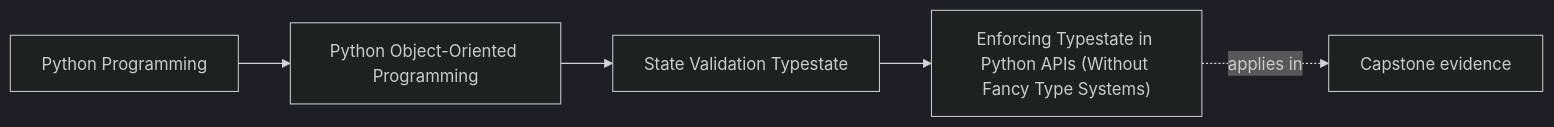
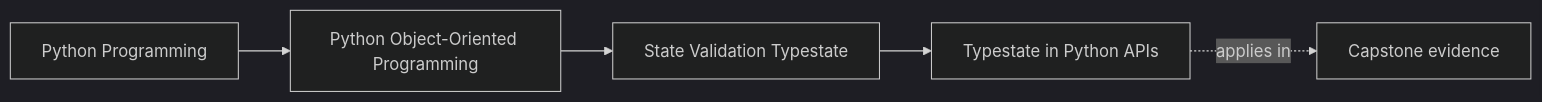
One commit to bijux/bijux-masterclass changed the first of 2 diagrams in programs/python-programming/python-object-oriented-programming/course-book/module-03-state-validation-typestate/typestate-in-python-apis.md. Above: the diagram before and after it, drawn with Mermaid (dark theme). The commit also changed other lines of this file, not shown here.

Commit message:
docs(oop): enforce typestate through the public API

````diff
--- a/programs/python-programming/python-object-oriented-programming/course-book/module-03-state-validation-typestate/typestate-in-python-apis.md
+++ b/programs/python-programming/python-object-oriented-programming/course-book/module-03-state-validation-typestate/typestate-in-python-apis.md
@@ -7,11 +6,11 @@
 ```mermaid
 graph LR
   family["Python Programming"]
   program["Python Object-Oriented Programming"]
   section["State Validation Typestate"]
-  page["Enforcing Typestate in Python APIs (Without Fancy Type Systems)"]
+  page["Typestate in Python APIs"]
   capstone["Capstone evidence"]
 
   family --> program --> section --> page
   page -.applies in.-> capstone
 ```
````
